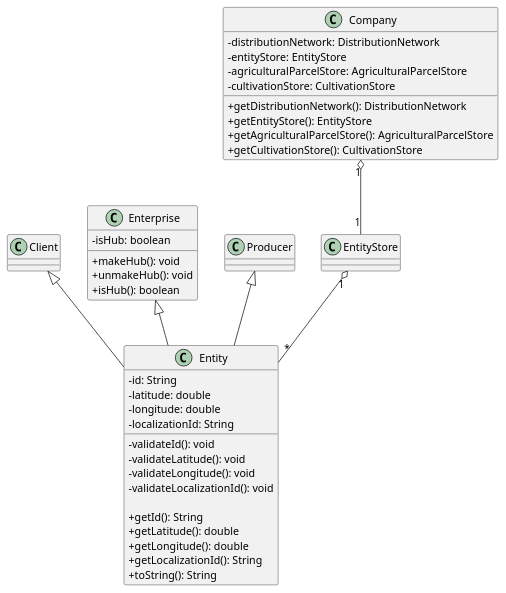
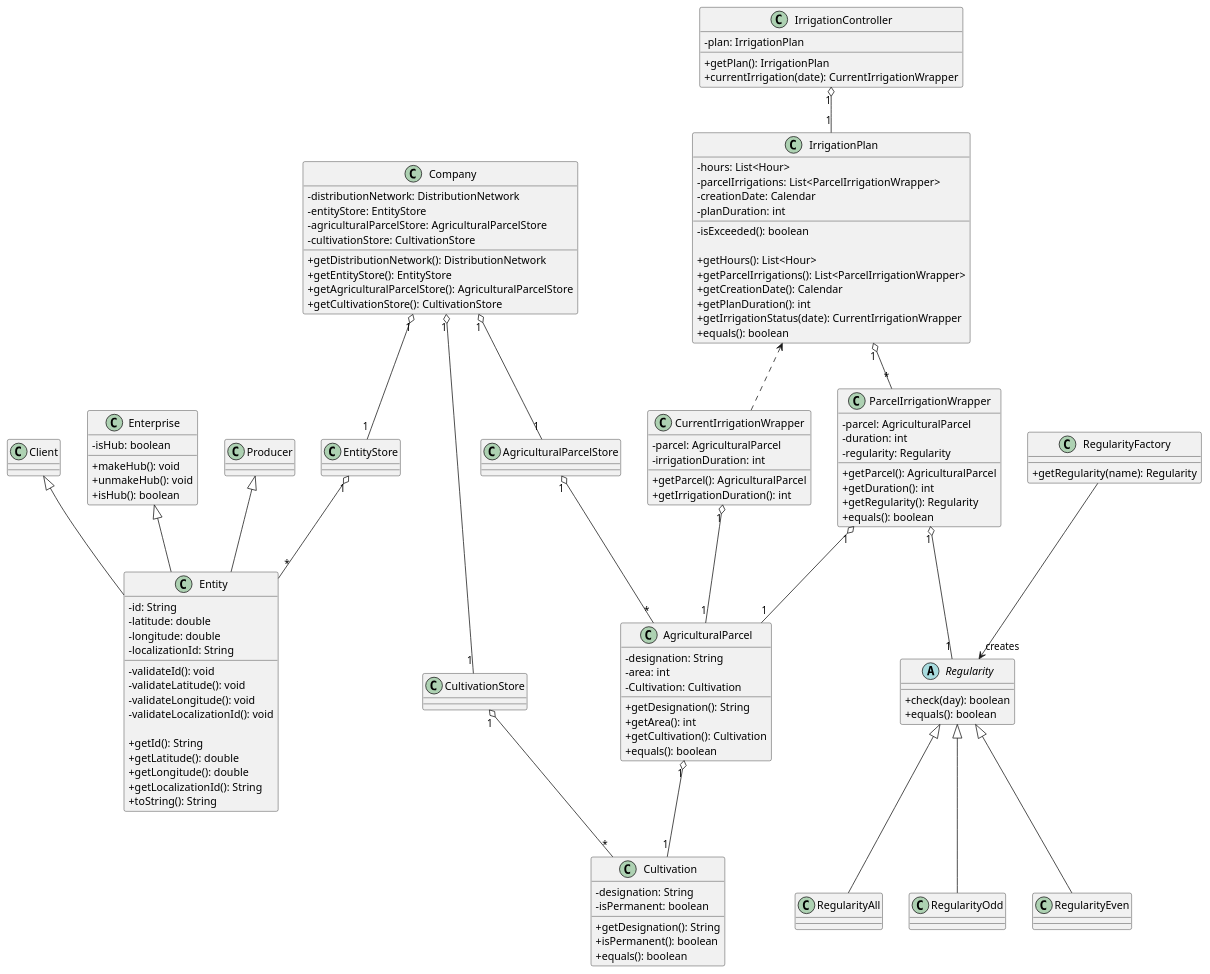
One commit to miseEnPlace-dev/lapr3 changed the diagram in docs/CD.puml. Above: the diagram before and after it, drawn with PlantUML.

Commit message:
docs: updated class diagram

```diff
--- a/docs/CD.puml
+++ b/docs/CD.puml
@@ -1,57 +1,159 @@
 @startuml CD
 
 skinparam classAttributeIconSize 0
 
 class Entity {
   - id: String
   - latitude: double
   - longitude: double
   - localizationId: String
 
   -validateId(): void
   -validateLatitude(): void
   -validateLongitude(): void
   -validateLocalizationId(): void
 
   +getId(): String
   +getLatitude(): double
   +getLongitude(): double
   +getLocalizationId(): String
   +toString(): String
 }
 
 class Client {}
 
 class Enterprise {
   -isHub: boolean
 
   +makeHub(): void
   +unmakeHub(): void
   +isHub(): boolean
 }
 
 class Producer {}
 
+class AgriculturalParcel {
+  -designation: String
+  -area: int
+  -Cultivation: Cultivation
+
+  +getDesignation(): String
+  +getArea(): int
+  +getCultivation(): Cultivation
+  +equals(): boolean
+}
+
+class Cultivation {
+  -designation: String
+  -isPermanent: boolean
+
+  +getDesignation(): String
+  +isPermanent(): boolean
+  +equals(): boolean
+}
+
 Client <|-- Entity
 Enterprise <|-- Entity
 Producer <|-- Entity
 
 class Company {
    - distributionNetwork: DistributionNetwork
    - entityStore: EntityStore
    - agriculturalParcelStore: AgriculturalParcelStore
    - cultivationStore: CultivationStore
 
   +getDistributionNetwork(): DistributionNetwork
   +getEntityStore(): EntityStore
   +getAgriculturalParcelStore(): AgriculturalParcelStore
   +getCultivationStore(): CultivationStore
 }
 
 class EntityStore {}
 
+class AgriculturalParcelStore {}
+
+class CultivationStore {}
+
+class IrrigationPlan {
+   -hours: List<Hour>
+   -parcelIrrigations: List<ParcelIrrigationWrapper>
+   -creationDate: Calendar
+   -planDuration: int
+
+  -isExceeded(): boolean
+
+  +getHours(): List<Hour>
+  +getParcelIrrigations(): List<ParcelIrrigationWrapper>
+  +getCreationDate(): Calendar
+  +getPlanDuration(): int
+  +getIrrigationStatus(date): CurrentIrrigationWrapper
+  +equals(): boolean
+}
+
+class IrrigationController {
+   -plan: IrrigationPlan
+
+   +getPlan(): IrrigationPlan
+   +currentIrrigation(date): CurrentIrrigationWrapper
+}
+
+class CurrentIrrigationWrapper {
+  -parcel: AgriculturalParcel
+  -irrigationDuration: int
+
+  +getParcel(): AgriculturalParcel
+  +getIrrigationDuration(): int
+}
+
+class ParcelIrrigationWrapper {
+   - parcel: AgriculturalParcel
+   - duration: int
+   - regularity: Regularity
+
+   +getParcel(): AgriculturalParcel
+   +getDuration(): int
+   +getRegularity(): Regularity
+   +equals(): boolean
+}
+
+abstract Regularity {
+   +check(day): boolean
+   +equals(): boolean
+}
+
+class RegularityFactory {
+   +getRegularity(name): Regularity
+}
+
+class RegularityAll {}
+class RegularityOdd {}
+class RegularityEven {}
+
+Regularity <|-- RegularityAll
+Regularity <|-- RegularityOdd
+Regularity <|-- RegularityEven
+
+RegularityFactory --> "creates" Regularity
+
+ParcelIrrigationWrapper "1" o-- "1" Regularity
+
 EntityStore "1" o-- "*" Entity
 
+AgriculturalParcelStore "1" o-- "*" AgriculturalParcel
+CultivationStore "1" o-- "*" Cultivation
+
+AgriculturalParcel "1" o-- "1" Cultivation
+IrrigationController "1" o-- "1" IrrigationPlan
+
+IrrigationPlan "1" o-- "*" ParcelIrrigationWrapper
+
+ParcelIrrigationWrapper "1" o-- "1" AgriculturalParcel
+CurrentIrrigationWrapper "1" o-- "1" AgriculturalParcel
+
+IrrigationPlan <.. CurrentIrrigationWrapper
+
 Company "1" o-- "1" EntityStore
+Company "1" o-- "1" AgriculturalParcelStore
+Company "1" o-- "1" CultivationStore
 
 @enduml
```
